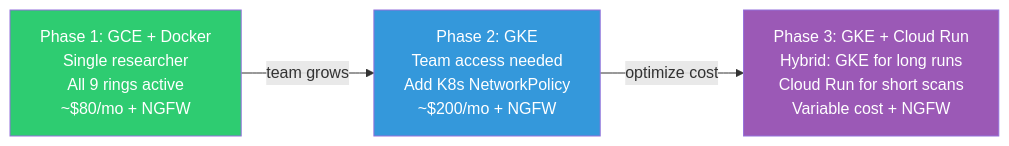
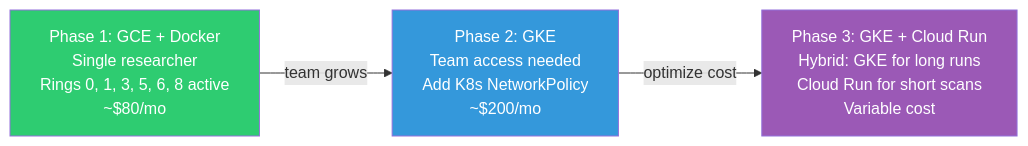
The ninth of 9 diagrams in APPROACH.md (prashantkul/anthropic-mythos-on-gcp), drawn with Mermaid before and after one commit. The commit also changed other lines of this file and 1 other file, not shown here.

First line of the commit message:
Update architecture docs to reflect --network=none sandbox

````diff
--- a/APPROACH.md
+++ b/APPROACH.md
@@ -734,13 +700,13 @@
 ```mermaid
 graph LR
-    Phase1["Phase 1: GCE + Docker<br/>Single researcher<br/>All 9 rings active<br/>~$80/mo + NGFW"]
-    Phase2["Phase 2: GKE<br/>Team access needed<br/>Add K8s NetworkPolicy<br/>~$200/mo + NGFW"]
-    Phase3["Phase 3: GKE + Cloud Run<br/>Hybrid: GKE for long runs<br/>Cloud Run for short scans<br/>Variable cost + NGFW"]
+    Phase1["Phase 1: GCE + Docker<br/>Single researcher<br/>Rings 0, 1, 3, 5, 6, 8 active<br/>~$80/mo"]
+    Phase2["Phase 2: GKE<br/>Team access needed<br/>Add K8s NetworkPolicy<br/>~$200/mo"]
+    Phase3["Phase 3: GKE + Cloud Run<br/>Hybrid: GKE for long runs<br/>Cloud Run for short scans<br/>Variable cost"]
 
     Phase1 -->|"team grows"| Phase2
     Phase2 -->|"optimize cost"| Phase3
 
     style Phase1 fill:#2ecc71,color:#fff
     style Phase2 fill:#3498db,color:#fff
     style Phase3 fill:#9b59b6,color:#fff
 ```
````
